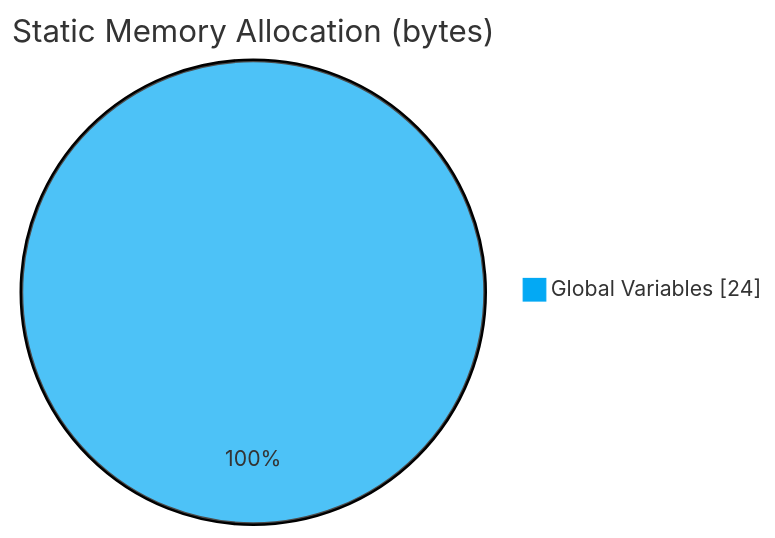
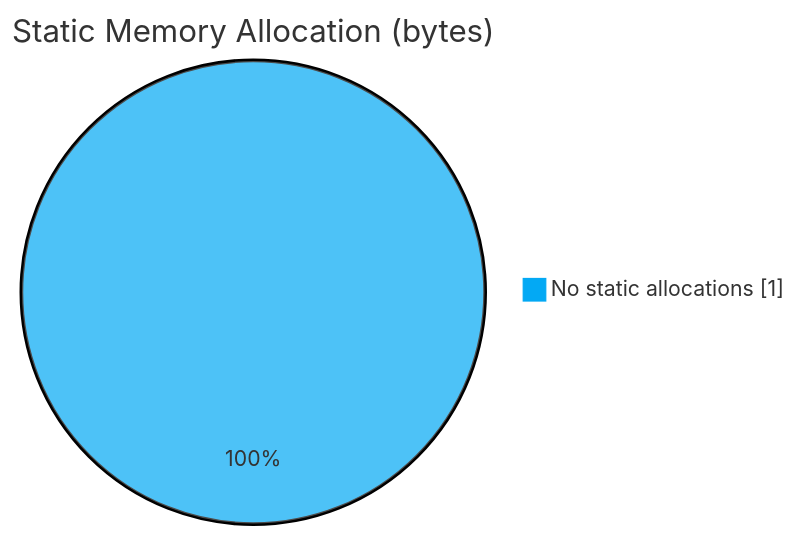
One commit to typecad/hal changed the fifth of 8 diagrams in demo/src/out/sketch/diagnostics.md. Above: the diagram before and after it, drawn with Mermaid. The commit also changed other lines of this file and 101 other files, not shown here.

````diff
--- a/demo/src/out/sketch/diagnostics.md
+++ b/demo/src/out/sketch/diagnostics.md
@@ -241,6 +101,6 @@
 ```mermaid
 %%{init: { 'theme': 'base', 'themeVariables': { 'pie1': '#03a9f4', 'pie2': '#673ab7', 'pie3': '#ff5722', 'pie4': '#4caf50' } } }%%
 pie showData
   title Static Memory Allocation (bytes)
-  "Global Variables" : 24
+  "No static allocations" : 1
 ```
````
